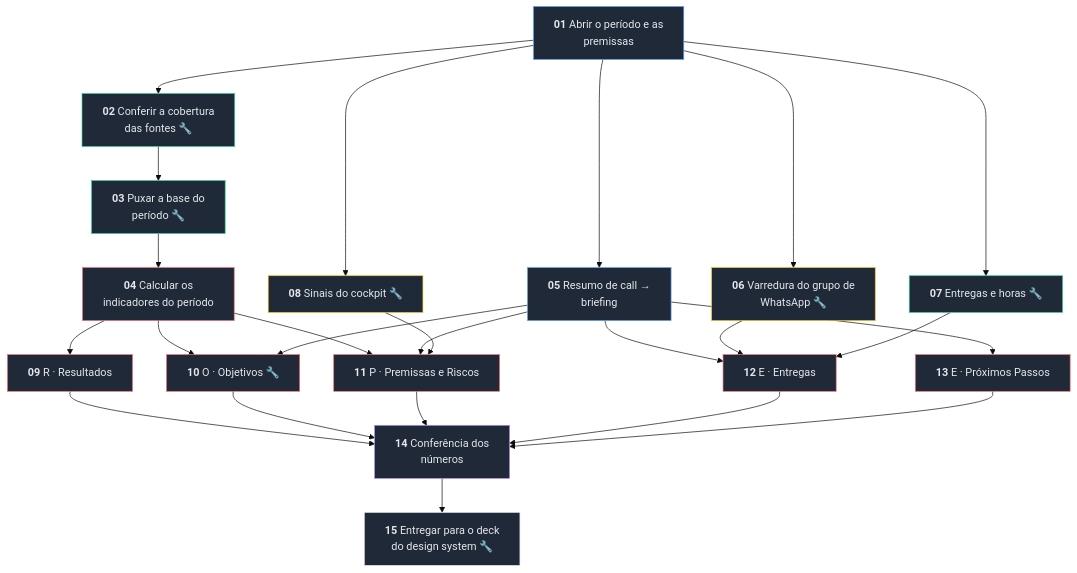
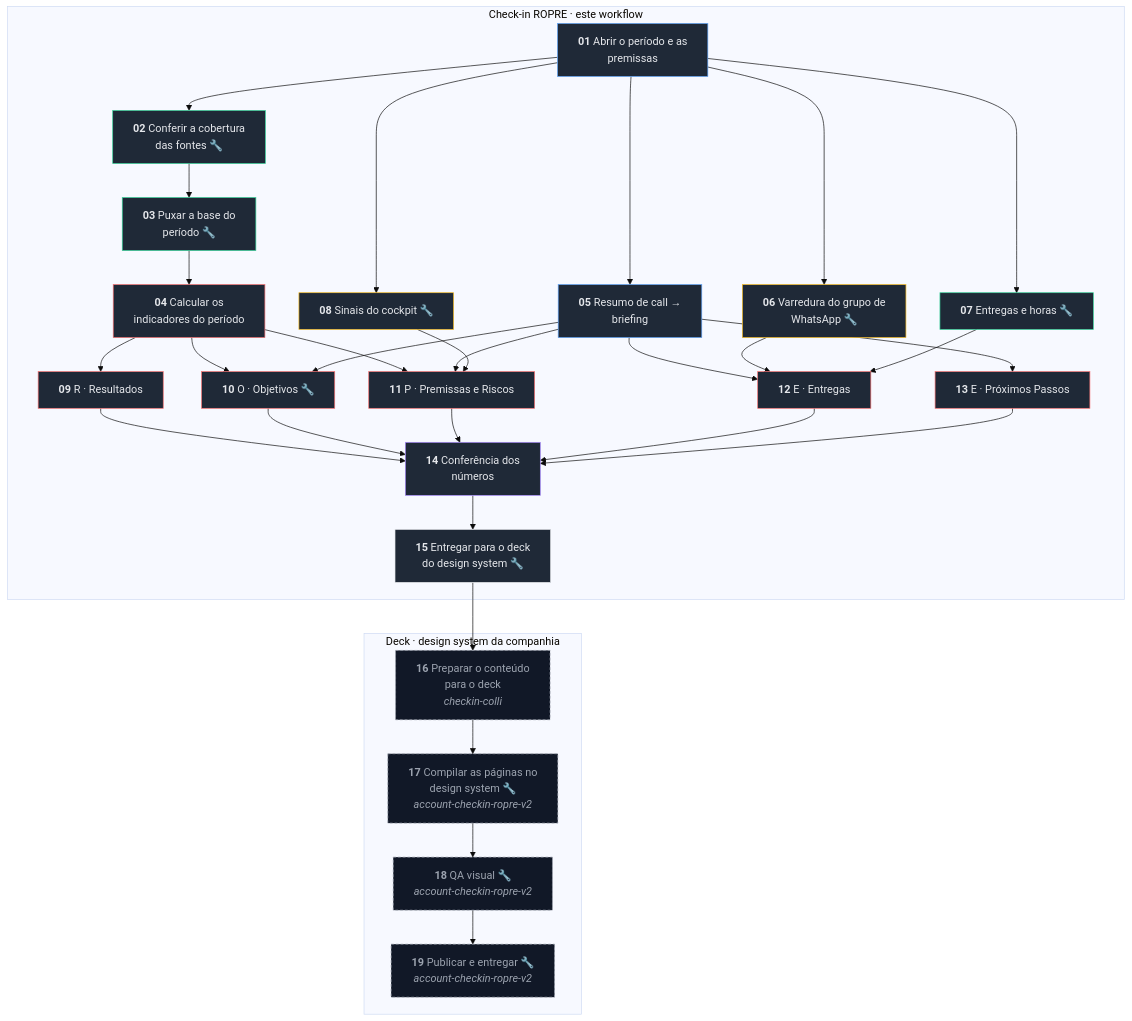
Before and after one commit to jeanreisv4/v4-checkin-ropre: the diagram in workflow/diagrama.mmd, drawn with Mermaid (base theme). The commit also changed 5 other files, not shown here.

```diff
--- a/workflow/diagrama.mmd
+++ b/workflow/diagrama.mmd
@@ -1,54 +1,69 @@
 flowchart TD
-    E01["<b>01</b> Abrir o período e as<br/>premissas"]
-    E02["<b>02</b> Conferir a cobertura<br/>das fontes 🔧"]
-    E03["<b>03</b> Puxar a base do<br/>período 🔧"]
-    E04["<b>04</b> Calcular os<br/>indicadores do período"]
-    E05["<b>05</b> Resumo de call →<br/>briefing"]
-    E06["<b>06</b> Varredura do grupo de<br/>WhatsApp 🔧"]
-    E07["<b>07</b> Entregas e horas 🔧"]
-    E08["<b>08</b> Sinais do cockpit 🔧"]
-    E09["<b>09</b> R · Resultados"]
-    E10["<b>10</b> O · Objetivos 🔧"]
-    E11["<b>11</b> P · Premissas e Riscos"]
-    E12["<b>12</b> E · Entregas"]
-    E13["<b>13</b> E · Próximos Passos"]
-    E14["<b>14</b> Conferência dos<br/>números"]
-    E15["<b>15</b> Entregar para o deck<br/>do design system 🔧"]
+    subgraph CHECKIN["Check-in ROPRE · este workflow"]
+        E01["<b>01</b> Abrir o período e as<br/>premissas"]
+        E02["<b>02</b> Conferir a cobertura<br/>das fontes 🔧"]
+        E03["<b>03</b> Puxar a base do<br/>período 🔧"]
+        E04["<b>04</b> Calcular os<br/>indicadores do período"]
+        E05["<b>05</b> Resumo de call →<br/>briefing"]
+        E06["<b>06</b> Varredura do grupo de<br/>WhatsApp 🔧"]
+        E07["<b>07</b> Entregas e horas 🔧"]
+        E08["<b>08</b> Sinais do cockpit 🔧"]
+        E09["<b>09</b> R · Resultados"]
+        E10["<b>10</b> O · Objetivos 🔧"]
+        E11["<b>11</b> P · Premissas e Riscos"]
+        E12["<b>12</b> E · Entregas"]
+        E13["<b>13</b> E · Próximos Passos"]
+        E14["<b>14</b> Conferência dos<br/>números"]
+        E15["<b>15</b> Entregar para o deck<br/>do design system 🔧"]
+    end
+
+    subgraph DECK["Deck · design system da companhia"]
+        E16["<b>16</b> Preparar o conteúdo<br/>para o deck<br/><i>checkin-colli</i>"]
+        E17["<b>17</b> Compilar as páginas no<br/>design system 🔧<br/><i>account-checkin-ropre-v2</i>"]
+        E18["<b>18</b> QA visual 🔧<br/><i>account-checkin-ropre-v2</i>"]
+        E19["<b>19</b> Publicar e entregar 🔧<br/><i>account-checkin-ropre-v2</i>"]
+    end
 
     E01 --> E02
     E01 --> E05
     E01 --> E06
     E01 --> E07
     E01 --> E08
     E02 --> E03
     E03 --> E04
     E04 --> E09
     E04 --> E10
     E04 --> E11
     E05 --> E10
     E05 --> E11
     E05 --> E12
     E05 --> E13
     E06 --> E12
     E07 --> E12
     E08 --> E11
     E09 --> E14
     E10 --> E14
     E11 --> E14
     E12 --> E14
     E13 --> E14
     E14 --> E15
+    E15 --> E16
+    E16 --> E17
+    E17 --> E18
+    E18 --> E19
 
     class E01,E05 briefing;
     class E02,E03,E07 dados;
     class E06,E08 pesquisa;
     class E04,E09,E10,E11,E12,E13 analise;
     class E14 revisao;
     class E15 entrega;
+    class E16,E17,E18,E19 outra;
 
     classDef briefing fill:#1f2937,stroke:#60a5fa,color:#e5e7eb;
     classDef dados fill:#1f2937,stroke:#34d399,color:#e5e7eb;
     classDef pesquisa fill:#1f2937,stroke:#fbbf24,color:#e5e7eb;
     classDef analise fill:#1f2937,stroke:#f87171,color:#e5e7eb;
     classDef revisao fill:#1f2937,stroke:#a78bfa,color:#e5e7eb;
     classDef entrega fill:#1f2937,stroke:#e5e7eb,color:#e5e7eb;
+    classDef outra fill:#111827,stroke:#9ca3af,color:#9ca3af,stroke-dasharray:4 3;
```
